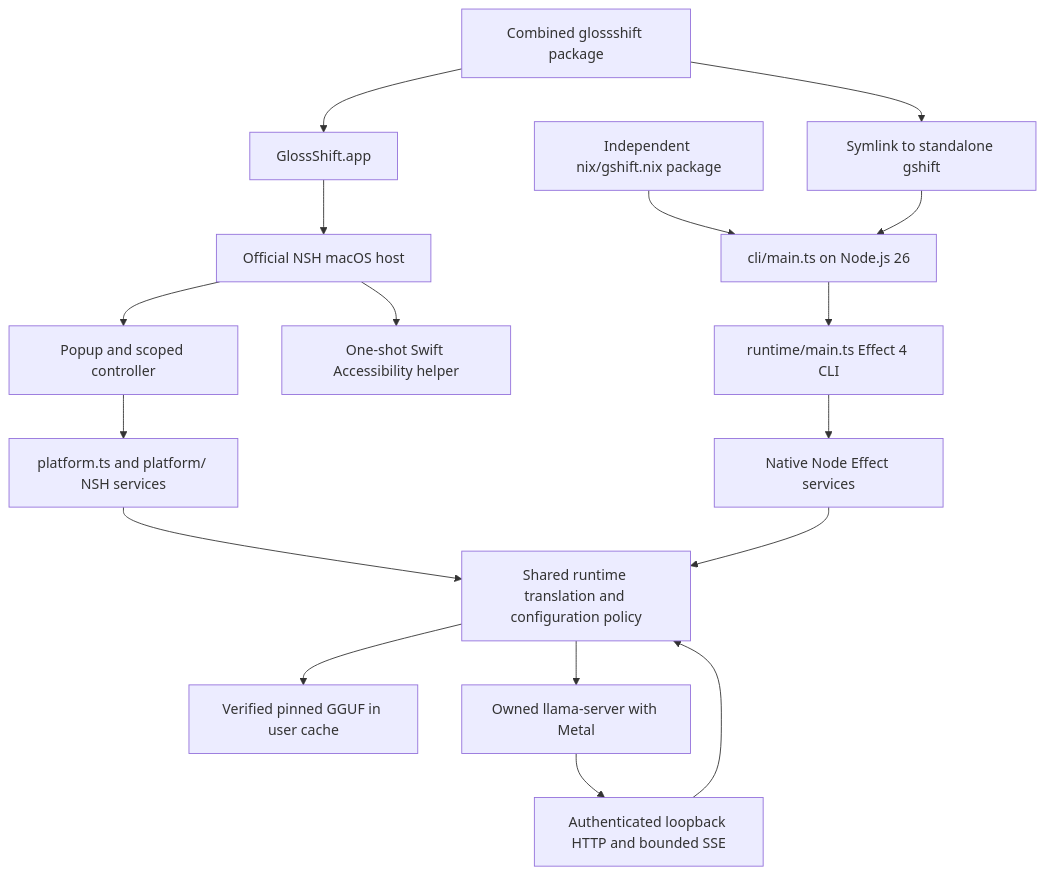
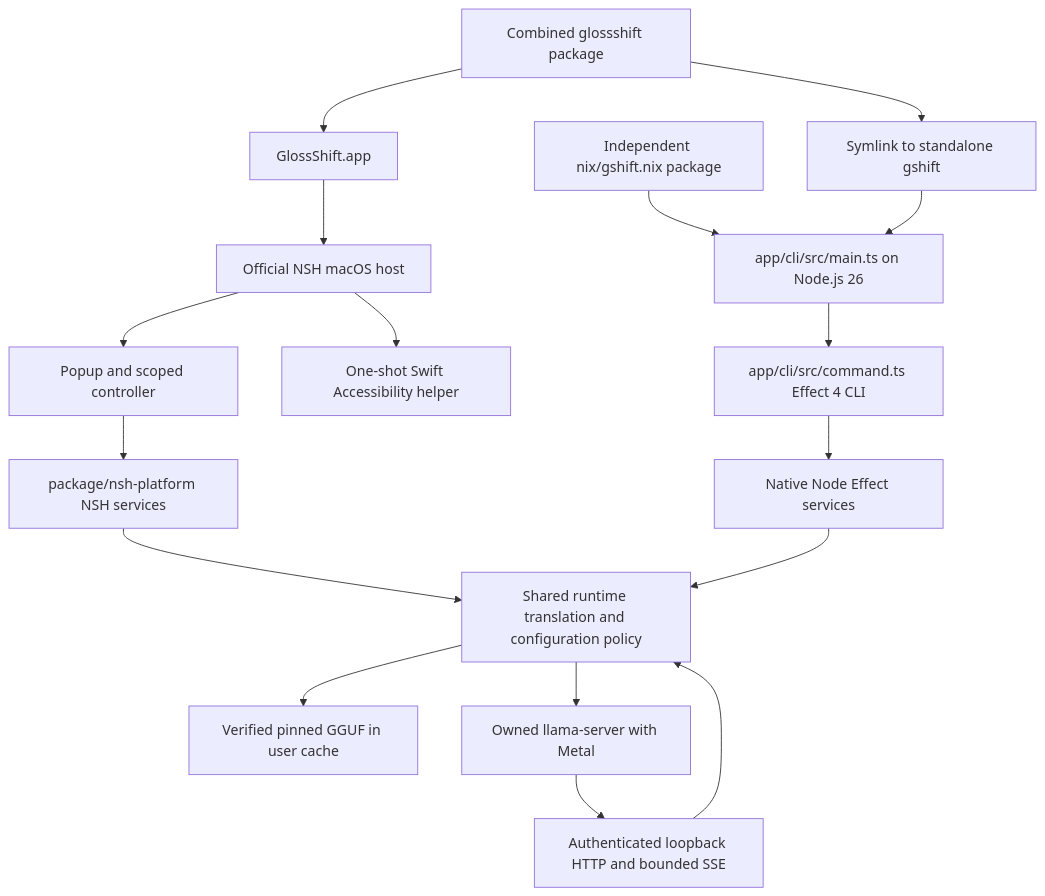
Before and after one commit to totto2727-org/glossshift: the diagram in docs/runtime-architecture.md, drawn with Mermaid. The commit also changed other lines of this file and 142 other files, not shown here.

````diff
--- a/docs/runtime-architecture.md
+++ b/docs/runtime-architecture.md
@@ -16,19 +16,19 @@
 ```mermaid
 flowchart TD
   Combined[Combined glossshift package] --> GUI[GlossShift.app]
   Combined --> Link[Symlink to standalone gshift]
-  Standalone[Independent nix/gshift.nix package] --> CLI[cli/main.ts on Node.js 26]
+  Standalone[Independent nix/gshift.nix package] --> CLI[app/cli/src/main.ts on Node.js 26]
   Link --> CLI
   GUI --> NSH[Official NSH macOS host]
   NSH --> UI[Popup and scoped controller]
   NSH --> Swift[One-shot Swift Accessibility helper]
-  UI --> NshPlatform[platform.ts and platform/ NSH services]
-  CLI --> Command[runtime/main.ts Effect 4 CLI]
+  UI --> NshPlatform[package/nsh-platform NSH services]
+  CLI --> Command[app/cli/src/command.ts Effect 4 CLI]
   Command --> NodePlatform[Native Node Effect services]
   NshPlatform --> Runtime[Shared runtime translation and configuration policy]
   NodePlatform --> Runtime
   Runtime --> Cache[Verified pinned GGUF in user cache]
   Runtime --> Server[Owned llama-server with Metal]
   Server --> HTTP[Authenticated loopback HTTP and bounded SSE]
   HTTP --> Runtime
 ```
````
